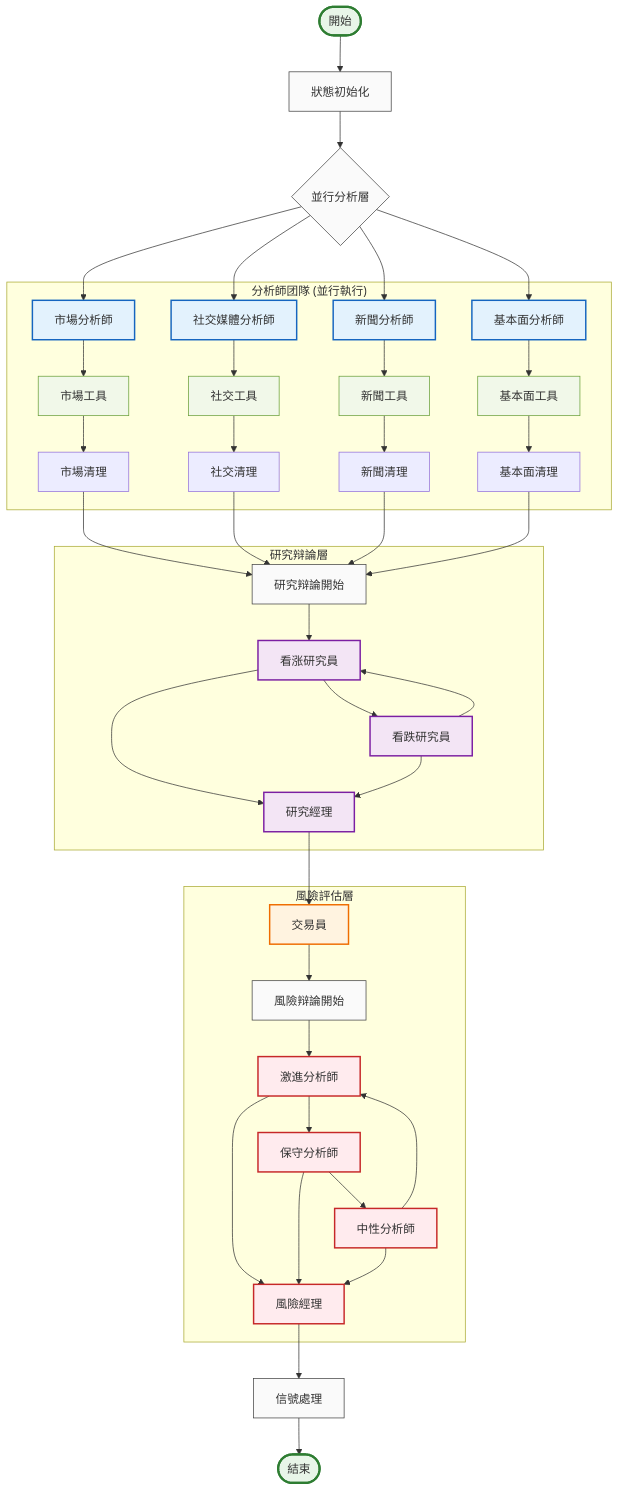
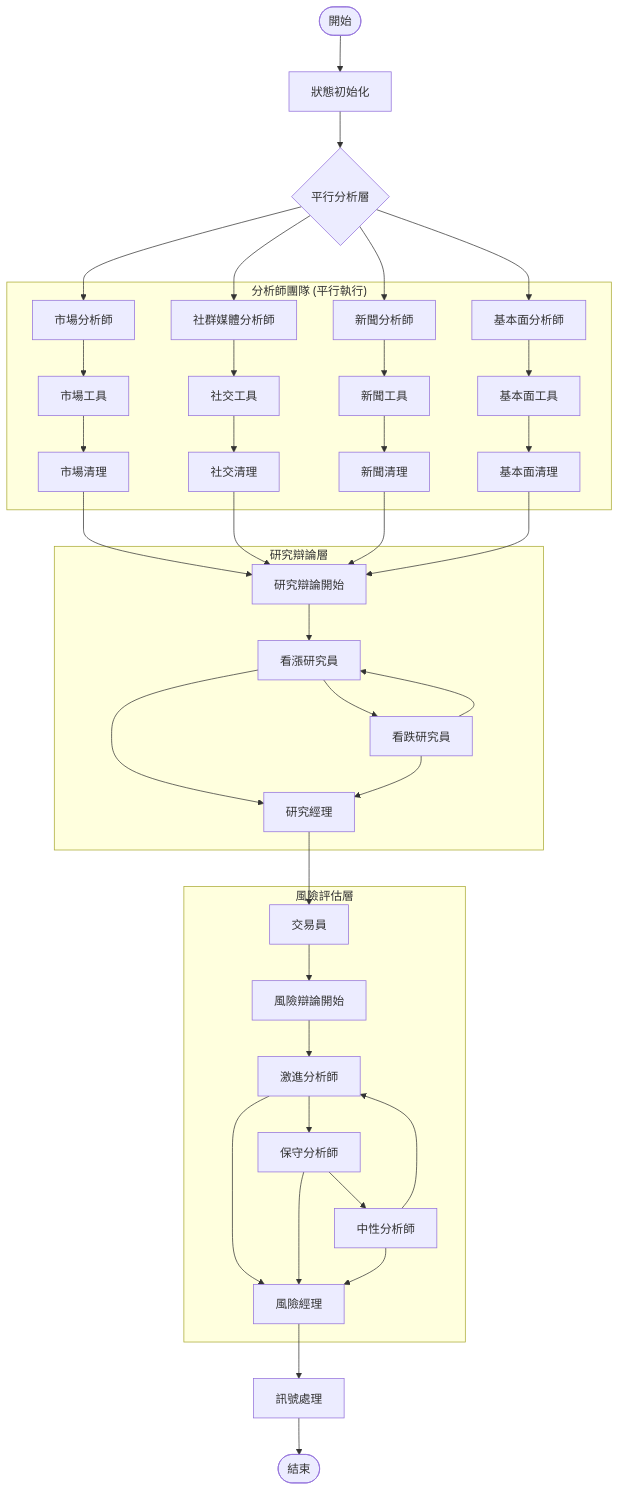
Before and after one commit to aiinpocket/TradingAgents-CN: the first of 2 diagrams in docs/architecture/v0.1.13/graph-structure.md, drawn with Mermaid. The commit also changed other lines of this file and 277 other files, not shown here.

````diff
--- a/docs/architecture/v0.1.13/graph-structure.md
+++ b/docs/architecture/v0.1.13/graph-structure.md
@@ -19,79 +19,62 @@
 ```mermaid
 graph TD
     START([開始]) --> INIT[狀態初始化]
-    
-    INIT --> PARALLEL_ANALYSIS{並行分析層}
-    
-    subgraph "分析師团隊 (並行執行)"
+
+    INIT --> PARALLEL_ANALYSIS{平行分析層}
+
+    subgraph "分析師團隊 (平行執行)"
         MARKET[市場分析師]
-        SOCIAL[社交媒體分析師]
+        SOCIAL[社群媒體分析師]
         NEWS[新聞分析師]
         FUNDAMENTALS[基本面分析師]
-        
+
         MARKET --> MARKET_TOOLS[市場工具]
         SOCIAL --> SOCIAL_TOOLS[社交工具]
         NEWS --> NEWS_TOOLS[新聞工具]
         FUNDAMENTALS --> FUND_TOOLS[基本面工具]
-        
+
         MARKET_TOOLS --> MARKET_CLEAR[市場清理]
         SOCIAL_TOOLS --> SOCIAL_CLEAR[社交清理]
         NEWS_TOOLS --> NEWS_CLEAR[新聞清理]
         FUND_TOOLS --> FUND_CLEAR[基本面清理]
     end
-    
+
     PARALLEL_ANALYSIS --> MARKET
     PARALLEL_ANALYSIS --> SOCIAL
     PARALLEL_ANALYSIS --> NEWS
     PARALLEL_ANALYSIS --> FUNDAMENTALS
-    
+
     MARKET_CLEAR --> RESEARCH_DEBATE
     SOCIAL_CLEAR --> RESEARCH_DEBATE
     NEWS_CLEAR --> RESEARCH_DEBATE
     FUND_CLEAR --> RESEARCH_DEBATE
-    
-    subgraph "研究辩論層"
-        RESEARCH_DEBATE[研究辩論開始]
-        BULL[看涨研究員]
+
+    subgraph "研究辯論層"
+        RESEARCH_DEBATE[研究辯論開始]
+        BULL[看漲研究員]
         BEAR[看跌研究員]
         RESEARCH_MGR[研究經理]
     end
-    
+
     RESEARCH_DEBATE --> BULL
     BULL --> BEAR
     BEAR --> BULL
     BULL --> RESEARCH_MGR
     BEAR --> RESEARCH_MGR
-    
+
     RESEARCH_MGR --> TRADER[交易員]
-    
+
     subgraph "風險評估層"
-        TRADER --> RISK_DEBATE[風險辩論開始]
+        TRADER --> RISK_DEBATE[風險辯論開始]
         RISK_DEBATE --> RISKY[激進分析師]
         RISKY --> SAFE[保守分析師]
         SAFE --> NEUTRAL[中性分析師]
         NEUTRAL --> RISKY
         RISKY --> RISK_JUDGE[風險經理]
         SAFE --> RISK_JUDGE
         NEUTRAL --> RISK_JUDGE
     end
-    
-    RISK_JUDGE --> SIGNAL[信號處理]
+
+    RISK_JUDGE --> SIGNAL[訊號處理]
     SIGNAL --> END([結束])
-    
-    %% 樣式定義
-    classDef startEnd fill:#e8f5e8,stroke:#2e7d32,stroke-width:3px
-    classDef analysisNode fill:#e3f2fd,stroke:#1565c0,stroke-width:2px
-    classDef researchNode fill:#f3e5f5,stroke:#7b1fa2,stroke-width:2px
-    classDef executionNode fill:#fff3e0,stroke:#ef6c00,stroke-width:2px
-    classDef riskNode fill:#ffebee,stroke:#c62828,stroke-width:2px
-    classDef toolNode fill:#f1f8e9,stroke:#689f38,stroke-width:1px
-    classDef processNode fill:#fafafa,stroke:#424242,stroke-width:1px
-    
-    class START,END startEnd
-    class MARKET,SOCIAL,NEWS,FUNDAMENTALS analysisNode
-    class BULL,BEAR,RESEARCH_MGR researchNode
-    class TRADER executionNode
-    class RISKY,SAFE,NEUTRAL,RISK_JUDGE riskNode
-    class MARKET_TOOLS,SOCIAL_TOOLS,NEWS_TOOLS,FUND_TOOLS toolNode
-    class INIT,PARALLEL_ANALYSIS,RESEARCH_DEBATE,RISK_DEBATE,SIGNAL processNode
 ```
````
